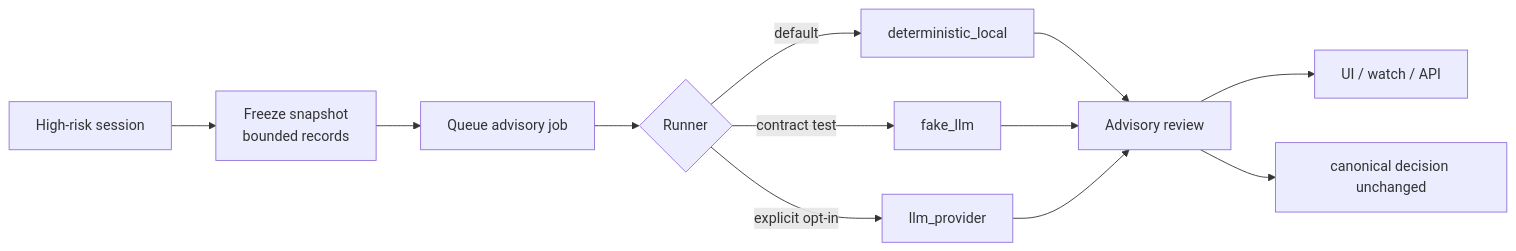
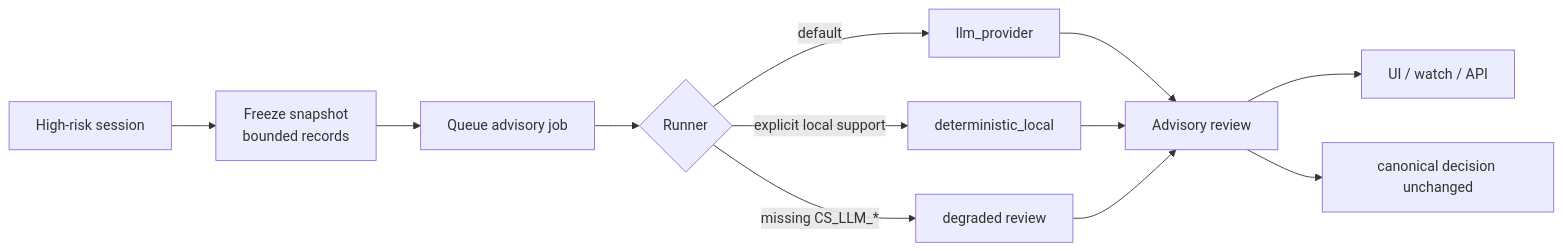
Before and after one commit to Elroyper/ClawSentry: the diagram in site-docs/decision-layers/l3-advisory.md, drawn with Mermaid. The commit also changed other lines of this file and 86 other files, not shown here.

````diff
--- a/site-docs/decision-layers/l3-advisory.md
+++ b/site-docs/decision-layers/l3-advisory.md
@@ -103,14 +103,14 @@
 ```mermaid
 graph LR
     A[High-risk session] --> B[Freeze snapshot<br/>bounded records]
     B --> C[Queue advisory job]
     C --> D{Runner}
-    D -->|default| E[deterministic_local]
-    D -->|contract test| F[fake_llm]
-    D -->|explicit opt-in| G[llm_provider]
+    D -->|default| E[llm_provider]
+    D -->|explicit local support| F[deterministic_local]
+    D -->|missing CS_LLM_*| G[degraded review]
     E --> H[Advisory review]
     F --> H
     G --> H
     H --> I[UI / watch / API]
     H --> J[canonical decision unchanged]
 ```
````
